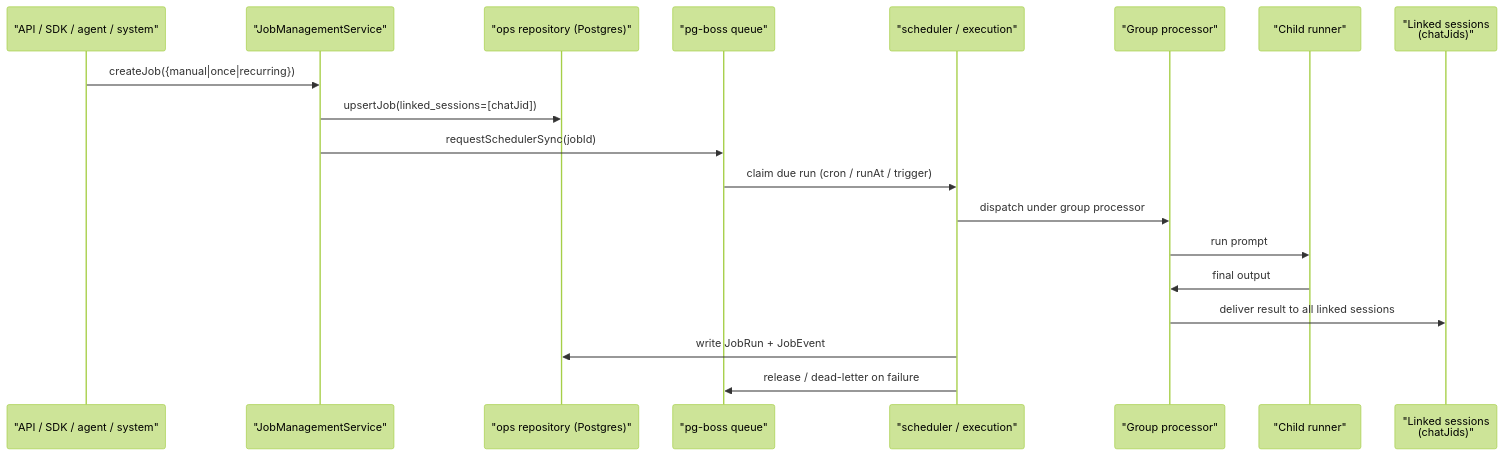
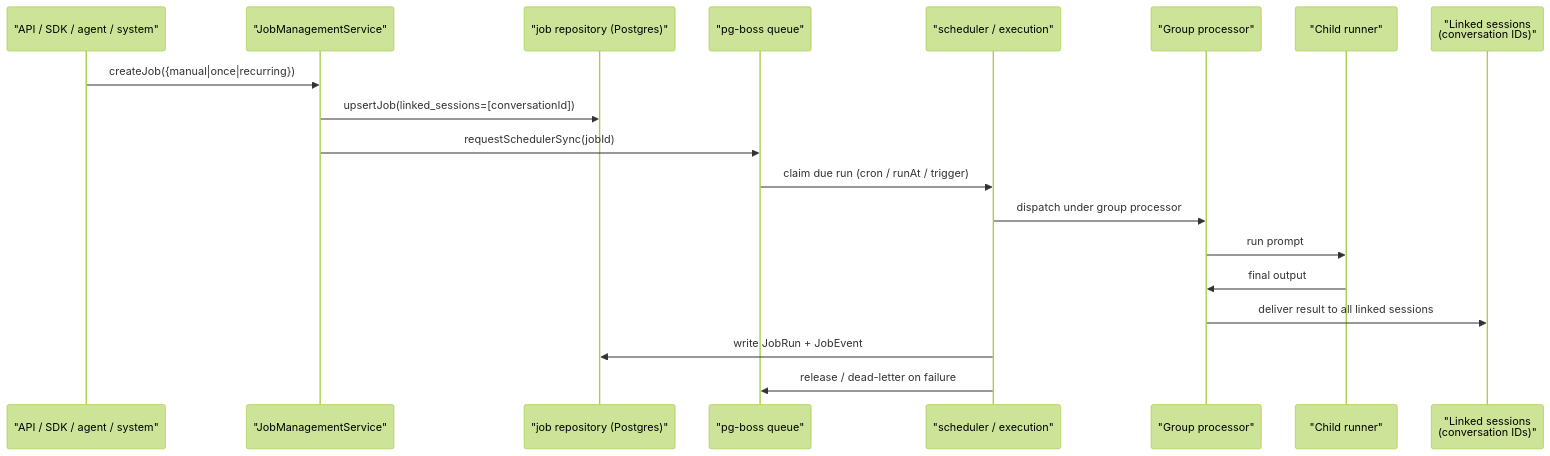
One commit to knacklabs/gantry changed the eighth of 12 diagrams in docs/architecture/overview.md. Above: the diagram before and after it, drawn with Mermaid (forest theme). The commit also changed other lines of this file and 209 other files, not shown here.

````diff
--- a/docs/architecture/overview.md
+++ b/docs/architecture/overview.md
@@ -460,22 +463,22 @@
 ```mermaid
 sequenceDiagram
   participant Caller as "API / SDK / agent / system"
   participant Service as "JobManagementService"
-  participant Ops as "ops repository (Postgres)"
+  participant Jobs as "job repository (Postgres)"
   participant PgB as "pg-boss queue"
   participant Sched as "scheduler / execution"
   participant Proc as "Group processor"
   participant Agent as "Child runner"
-  participant Linked as "Linked sessions<br/>(chatJids)"
+  participant Linked as "Linked sessions<br/>(conversation IDs)"
 
   Caller->>Service: createJob({manual|once|recurring})
-  Service->>Ops: upsertJob(linked_sessions=[chatJid])
+  Service->>Jobs: upsertJob(linked_sessions=[conversationId])
   Service->>PgB: requestSchedulerSync(jobId)
   PgB->>Sched: claim due run (cron / runAt / trigger)
   Sched->>Proc: dispatch under group processor
   Proc->>Agent: run prompt
   Agent->>Proc: final output
   Proc->>Linked: deliver result to all linked sessions
-  Sched->>Ops: write JobRun + JobEvent
+  Sched->>Jobs: write JobRun + JobEvent
   Sched->>PgB: release / dead-letter on failure
 ```
````
